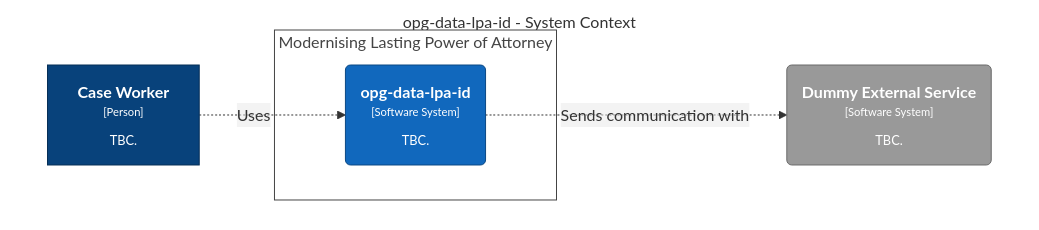
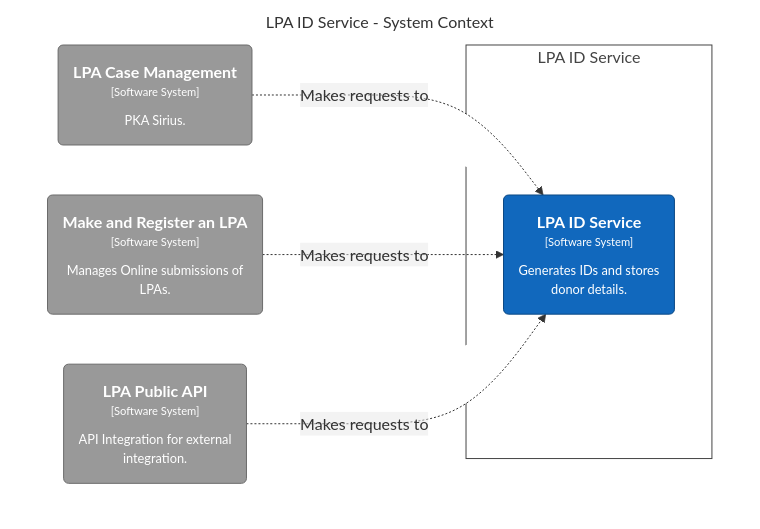
Before and after one commit to ministryofjustice/opg-data-lpa-uid: the diagram in docs/architecture/dsl/local/structurizr-1-SystemContext.mmd, drawn with Mermaid. The commit also changed 7 other files, not shown here.

```diff
--- a/docs/architecture/dsl/local/structurizr-1-SystemContext.mmd
+++ b/docs/architecture/dsl/local/structurizr-1-SystemContext.mmd
@@ -1,21 +1,24 @@
 graph TB
   linkStyle default fill:#ffffff
 
-  subgraph diagram [opg-data-lpa-id - System Context]
+  subgraph diagram [LPA ID Service - System Context]
     style diagram fill:#ffffff,stroke:#ffffff
 
-    subgraph enterprise [Modernising Lasting Power of Attorney]
+    subgraph enterprise [LPA ID Service]
       style enterprise fill:#ffffff,stroke:#444444,color:#444444
 
-      2("<div style='font-weight: bold'>opg-data-lpa-id</div><div style='font-size: 70%; margin-top: 0px'>[Software System]</div><div style='font-size: 80%; margin-top:10px'>TBC.</div>")
-      style 2 fill:#1168bd,stroke:#0b4884,color:#ffffff
+      7("<div style='font-weight: bold'>LPA ID Service</div><div style='font-size: 70%; margin-top: 0px'>[Software System]</div><div style='font-size: 80%; margin-top:10px'>Generates IDs and stores<br />donor details.</div>")
+      style 7 fill:#1168bd,stroke:#0b4884,color:#ffffff
     end
 
-    1["<div style='font-weight: bold'>Case Worker</div><div style='font-size: 70%; margin-top: 0px'>[Person]</div><div style='font-size: 80%; margin-top:10px'>TBC.</div>"]
-    style 1 fill:#08427b,stroke:#052e56,color:#ffffff
-    8("<div style='font-weight: bold'>Dummy External Service</div><div style='font-size: 70%; margin-top: 0px'>[Software System]</div><div style='font-size: 80%; margin-top:10px'>TBC.</div>")
-    style 8 fill:#999999,stroke:#6b6b6b,color:#ffffff
+    4("<div style='font-weight: bold'>LPA Case Management</div><div style='font-size: 70%; margin-top: 0px'>[Software System]</div><div style='font-size: 80%; margin-top:10px'>PKA Sirius.</div>")
+    style 4 fill:#999999,stroke:#6b6b6b,color:#ffffff
+    5("<div style='font-weight: bold'>Make and Register an LPA</div><div style='font-size: 70%; margin-top: 0px'>[Software System]</div><div style='font-size: 80%; margin-top:10px'>Manages Online submissions of<br />LPAs.</div>")
+    style 5 fill:#999999,stroke:#6b6b6b,color:#ffffff
+    6("<div style='font-weight: bold'>LPA Public API</div><div style='font-size: 70%; margin-top: 0px'>[Software System]</div><div style='font-size: 80%; margin-top:10px'>API Integration for external<br />integration.</div>")
+    style 6 fill:#999999,stroke:#6b6b6b,color:#ffffff
 
-    2-. "<div>Sends communication with</div><div style='font-size: 70%'></div>" .->8
-    1-. "<div>Uses</div><div style='font-size: 70%'></div>" .->2
+    4-. "<div>Makes requests to</div><div style='font-size: 70%'></div>" .->7
+    5-. "<div>Makes requests to</div><div style='font-size: 70%'></div>" .->7
+    6-. "<div>Makes requests to</div><div style='font-size: 70%'></div>" .->7
   end
```
